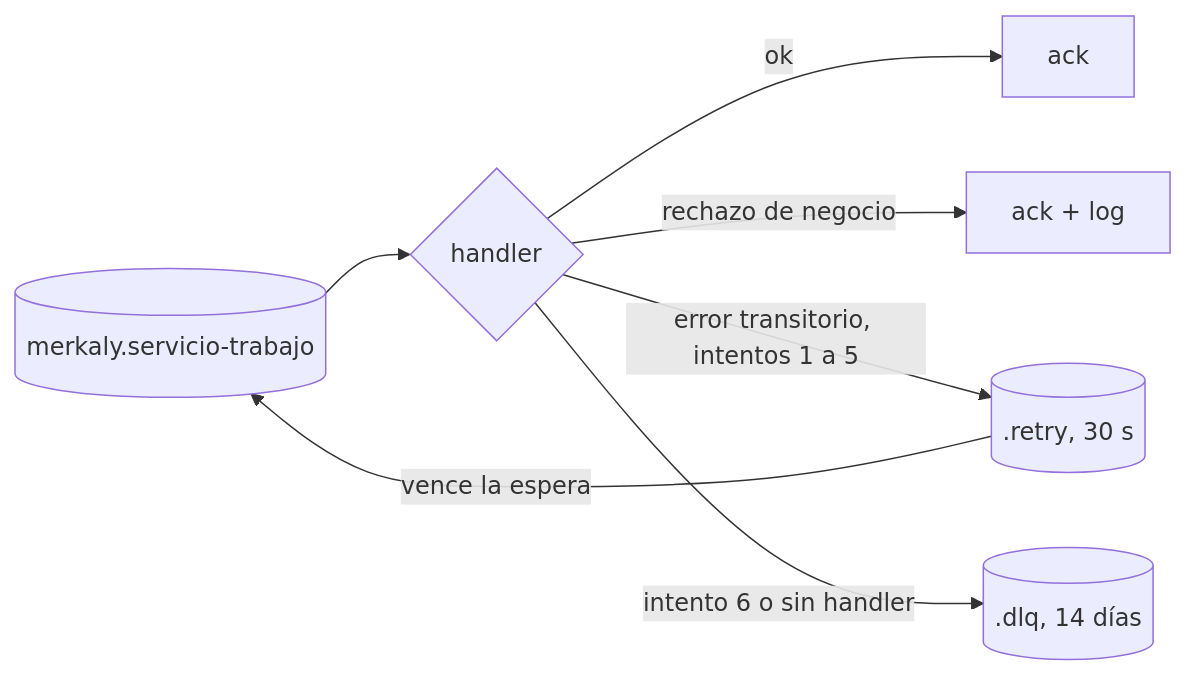
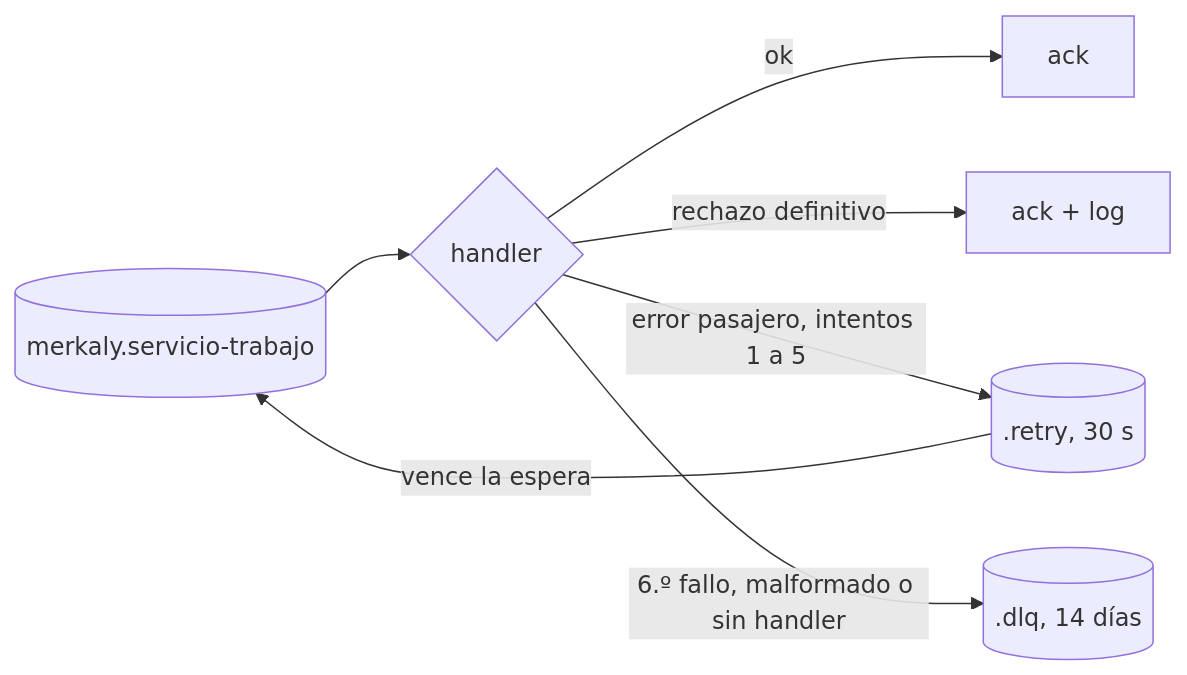
One commit to merkaly-io/docs.merkaly.io changed the diagram in content/7.plataforma/3.reintentos.md. Above: the diagram before and after it, drawn with Mermaid. The commit also changed other lines of this file and 17 other files, not shown here.

First line of the commit message:
docs(plataforma): explain how RabbitMQ messaging works today, with animated flows (#19)

````diff
--- a/content/7.plataforma/3.reintentos.md
+++ b/content/7.plataforma/3.reintentos.md
@@ -6,9 +14,9 @@
 ```mermaid
 flowchart LR
   Q[("merkaly.servicio-trabajo")] --> H{"handler"}
   H -- ok --> ACK["ack"]
-  H -- "rechazo de negocio" --> LOG["ack + log"]
-  H -- "error transitorio, intentos 1 a 5" --> R[(".retry, 30 s")]
+  H -- "rechazo definitivo" --> LOG["ack + log"]
+  H -- "error pasajero, intentos 1 a 5" --> R[(".retry, 30 s")]
   R -- "vence la espera" --> Q
-  H -- "intento 6 o sin handler" --> D[(".dlq, 14 días")]
+  H -- "6.º fallo, malformado o sin handler" --> D[(".dlq, 14 días")]
 ```
````
